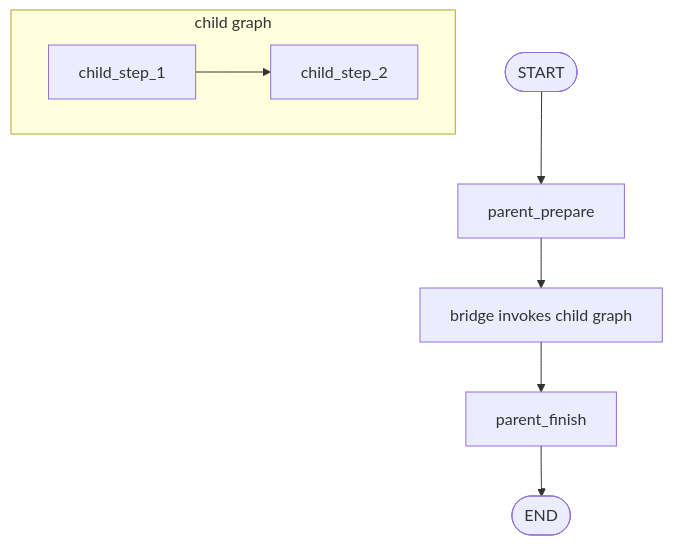
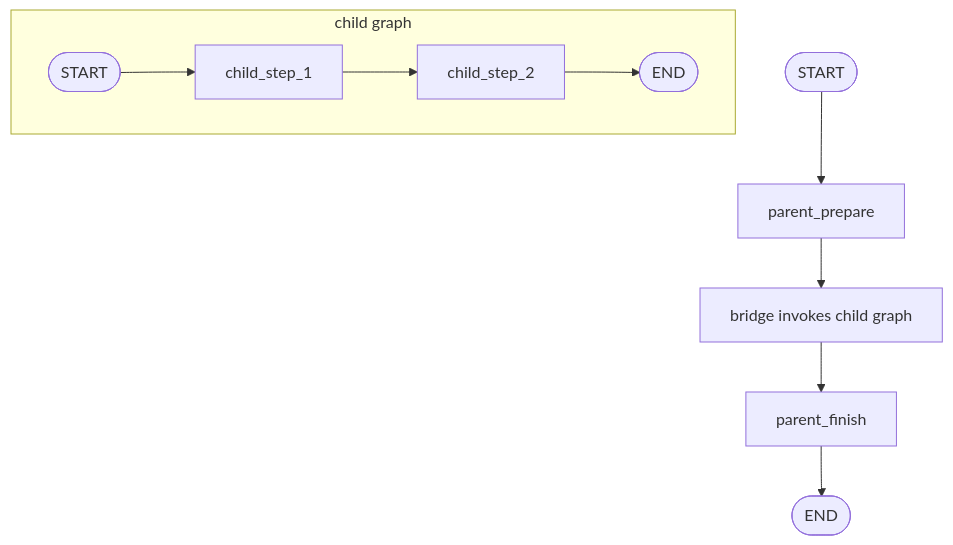
The first of 2 diagrams in docs/agent-patterns/patterns/12-subgraphs-and-bridge-nodes.md (heecheon92/langgraph-playground), drawn with Mermaid before and after one commit. The commit also changed other lines of this file and 24 other files, not shown here.

````diff
--- a/docs/agent-patterns/patterns/12-subgraphs-and-bridge-nodes.md
+++ b/docs/agent-patterns/patterns/12-subgraphs-and-bridge-nodes.md
@@ -32,11 +27,13 @@
 ```mermaid
 flowchart TD
     Start([START]) --> ParentPrep[parent_prepare]
     ParentPrep --> Bridge[bridge invokes child graph]
     Bridge --> ParentFinish[parent_finish]
     ParentFinish --> End([END])
 
     subgraph ChildGraph[child graph]
-      C1[child_step_1] --> C2[child_step_2]
+        CStart([START]) --> C1[child_step_1]
+        C1 --> C2[child_step_2]
+        C2 --> CEnd([END])
     end
 ```
````
